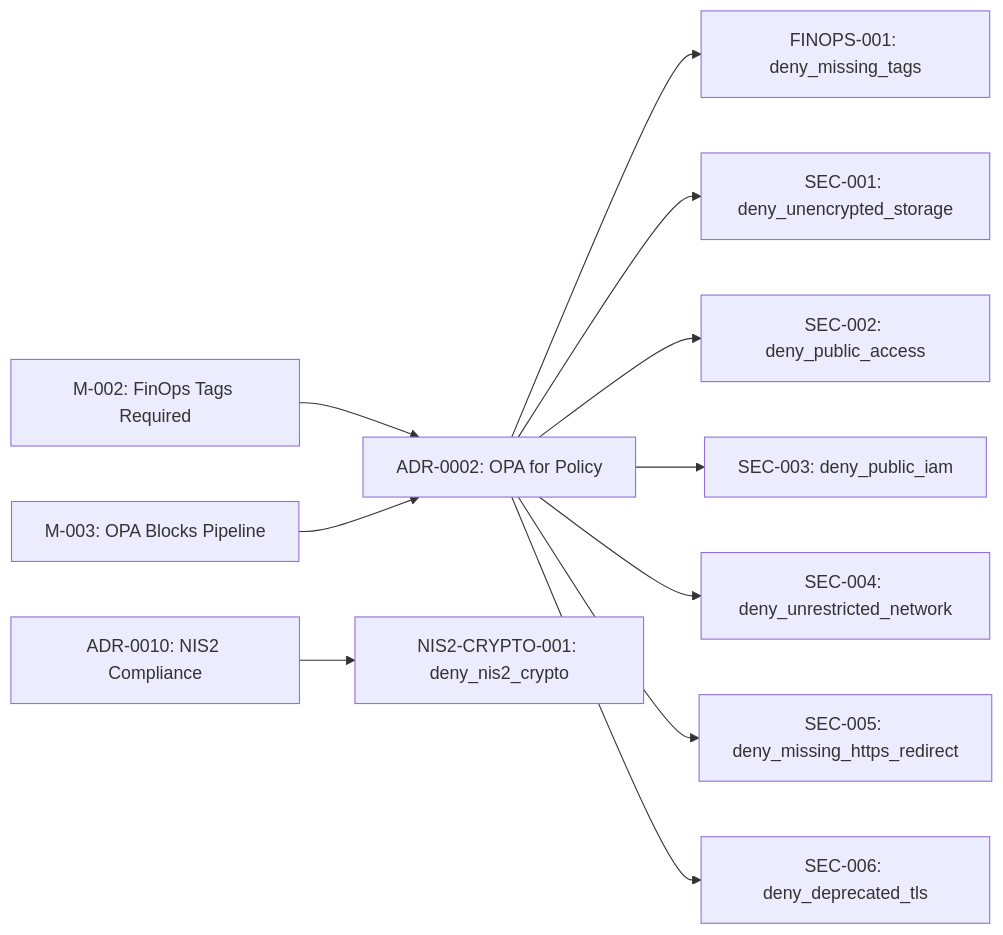
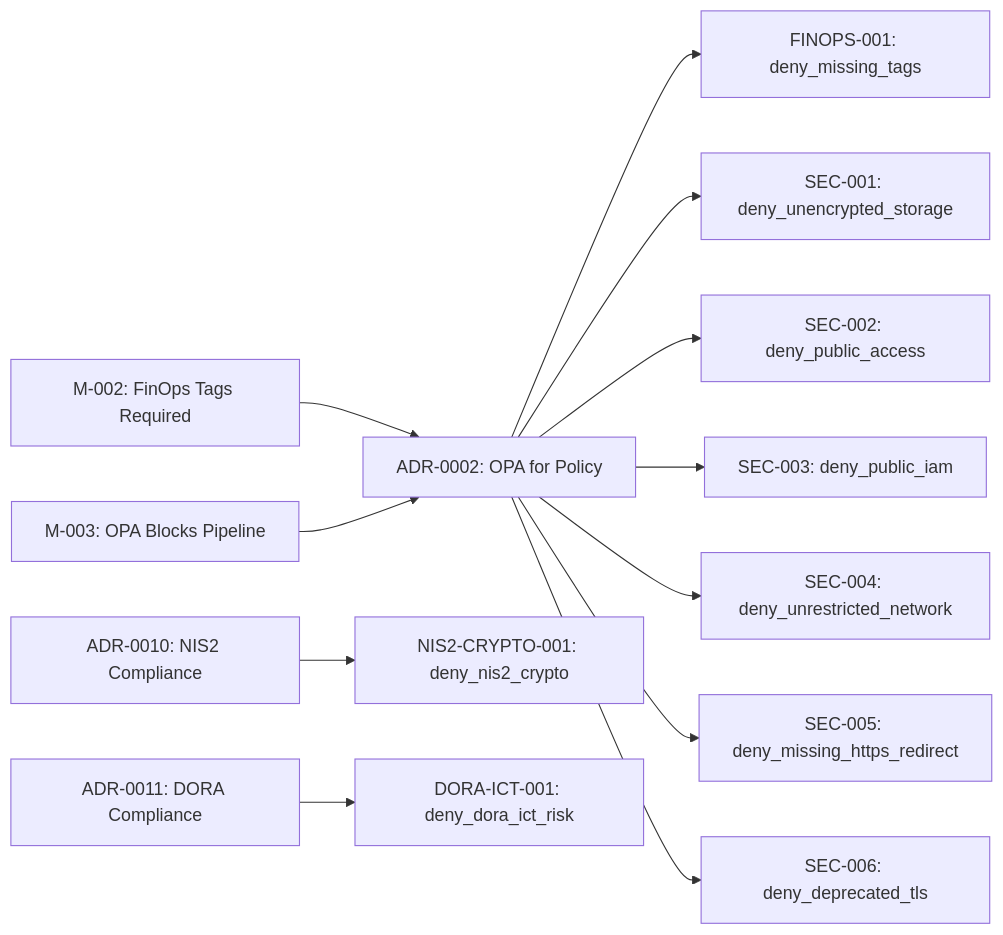
Before and after one commit to DevelApp-ai/deterministic-technical-design-specification: the first of 2 diagrams in example/docs/compliance/opa-policies.md, drawn with Mermaid. The commit also changed other lines of this file and 15 other files, not shown here.

````diff
--- a/example/docs/compliance/opa-policies.md
+++ b/example/docs/compliance/opa-policies.md
@@ -59,13 +59,14 @@
 ```mermaid
 graph LR
     M002["M-002: FinOps Tags Required"] --> ADR002["ADR-0002: OPA for Policy"]
     M003["M-003: OPA Blocks Pipeline"] --> ADR002
     ADR002 --> FIN001["FINOPS-001: deny_missing_tags"]
     ADR002 --> SEC001["SEC-001: deny_unencrypted_storage"]
     ADR002 --> SEC002["SEC-002: deny_public_access"]
     ADR002 --> SEC003["SEC-003: deny_public_iam"]
     ADR002 --> SEC004["SEC-004: deny_unrestricted_network"]
     ADR002 --> SEC005["SEC-005: deny_missing_https_redirect"]
     ADR002 --> SEC006["SEC-006: deny_deprecated_tls"]
     ADR010["ADR-0010: NIS2 Compliance"] --> NIS2C["NIS2-CRYPTO-001: deny_nis2_crypto"]
+    ADR011["ADR-0011: DORA Compliance"] --> DORA1["DORA-ICT-001: deny_dora_ict_risk"]
 ```
````
